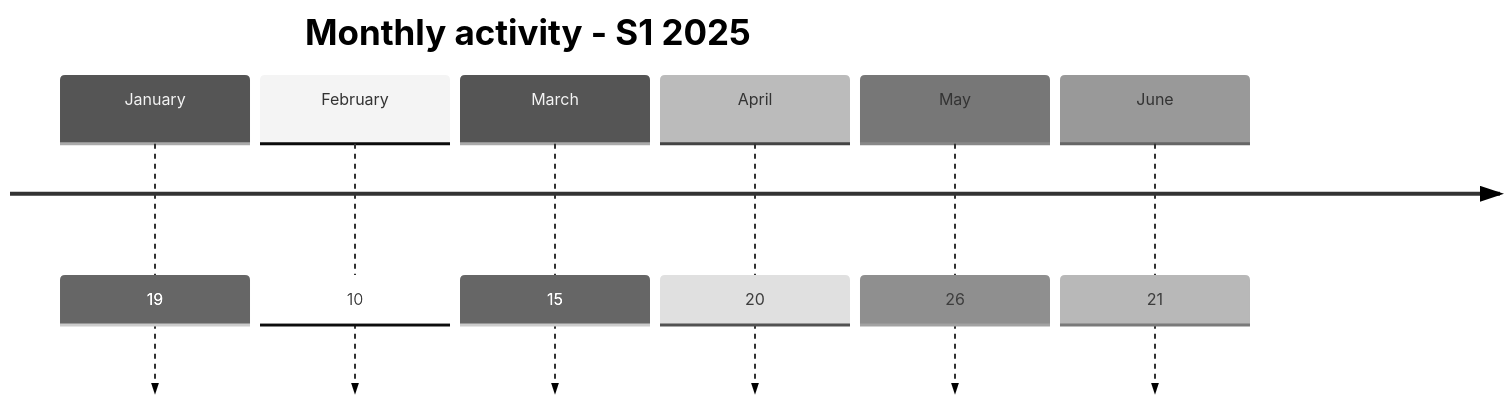
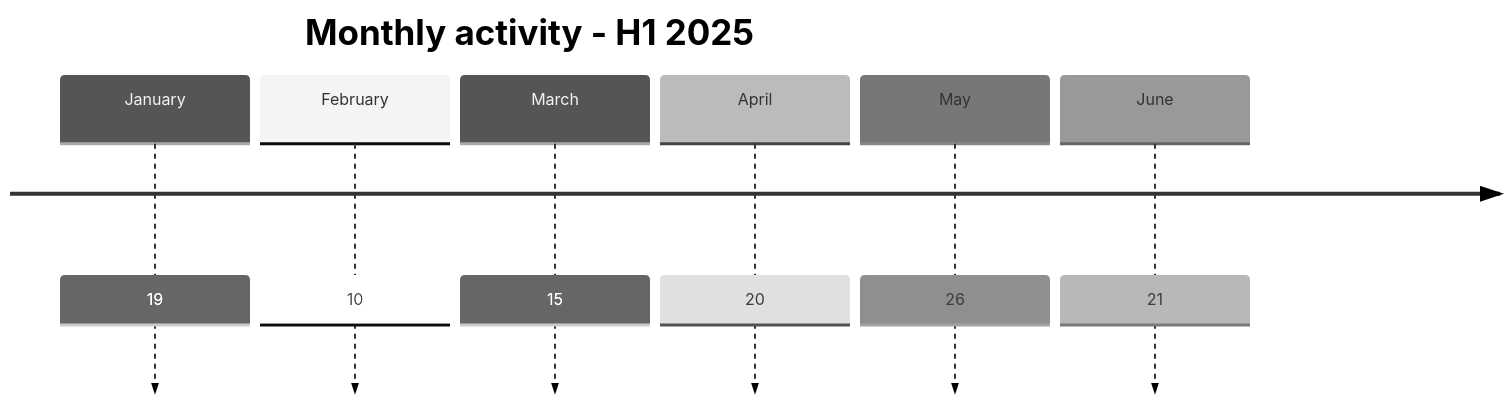
Before and after one commit to Hatchepsoute/AFRINTEL: the first of 2 diagrams in CyberAttackAfrica/2025/README_H1.md, drawn with Mermaid (neutral theme). The commit also changed other lines of this file and 66 other files, not shown here.

````diff
--- a/CyberAttackAfrica/2025/README_H1.md
+++ b/CyberAttackAfrica/2025/README_H1.md
@@ -80,10 +79,10 @@
 ```mermaid
 timeline
-    title Monthly activity - S1 2025
+    title Monthly activity - H1 2025
     January : 19
     February : 10
     March : 15
     April : 20
     May : 26
     June : 21
 ```
````
